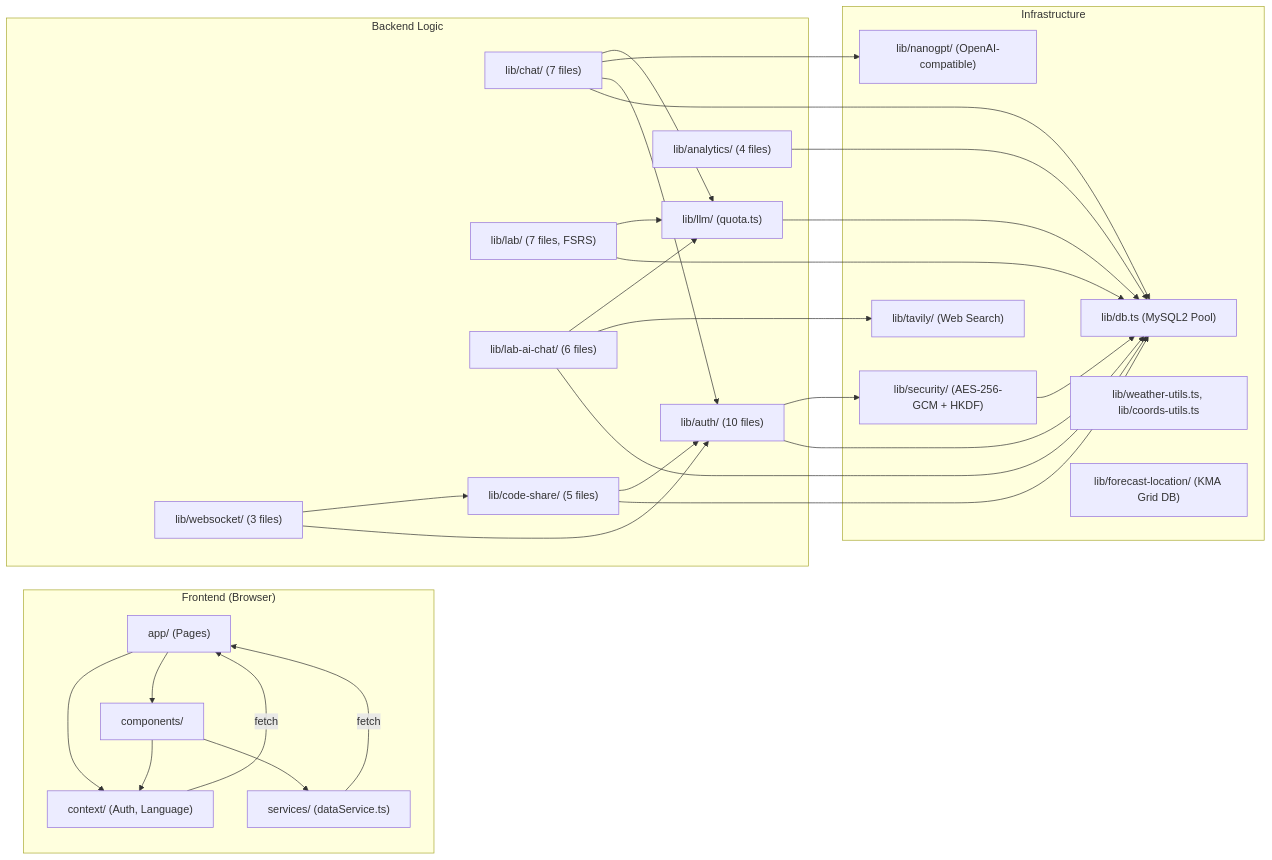
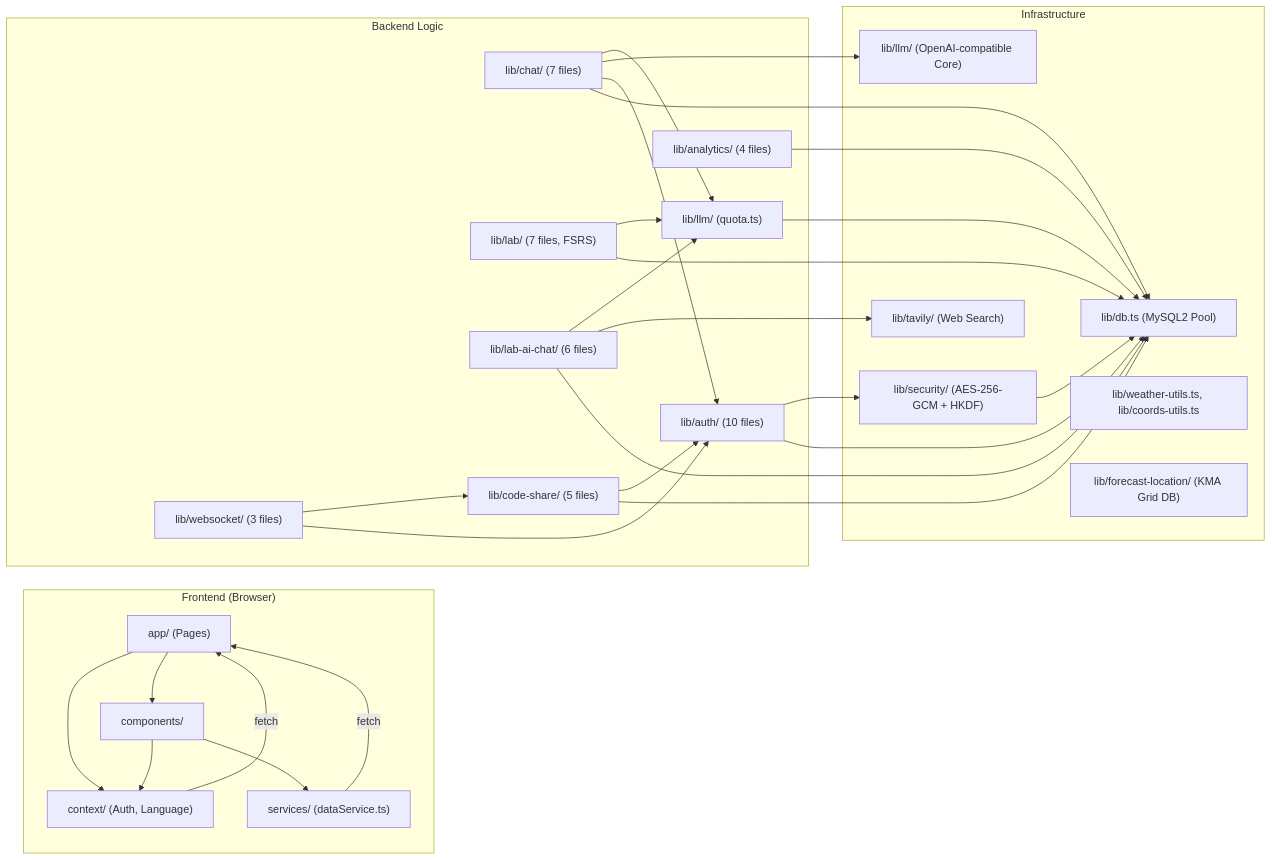
The tenth of 17 diagrams in docs/ARCHITECTURE_UML.md (kim0040/Nadeulhae), drawn with Mermaid before and after one commit. The commit also changed other lines of this file and 28 other files, not shown here.

First line of the commit message:
refactor: split LLM into general-llm and lab-llm with OpenAI-compatible core

````diff
--- a/docs/ARCHITECTURE_UML.md
+++ b/docs/ARCHITECTURE_UML.md
@@ -1001,57 +1000,57 @@
 ```mermaid
 graph LR
     subgraph Frontend["Frontend (Browser)"]
         PAGES["app/ (Pages)"]
         COMPONENTS["components/"]
         CONTEXT["context/ (Auth, Language)"]
         SERVICES["services/ (dataService.ts)"]
     end
 
     subgraph Backend["Backend Logic"]
         AUTH_LIB["lib/auth/ (10 files)"]
         CHAT_LIB["lib/chat/ (7 files)"]
         LAB_LIB["lib/lab/ (7 files, FSRS)"]
         LAB_AI_LIB["lib/lab-ai-chat/ (6 files)"]
         CODE_SHARE_LIB["lib/code-share/ (5 files)"]
         WS_LIB["lib/websocket/ (3 files)"]
         LLM_QUOTA["lib/llm/ (quota.ts)"]
         ANALYTICS_LIB["lib/analytics/ (4 files)"]
     end
 
     subgraph Infrastructure["Infrastructure"]
         DB_LIB["lib/db.ts (MySQL2 Pool)"]
         SECURITY_LIB["lib/security/ (AES-256-GCM + HKDF)"]
-        NANOGPT["lib/nanogpt/ (OpenAI-compatible)"]
+        LLM_CLIENT["lib/llm/ (OpenAI-compatible Core)"]
         TAVILY_LIB["lib/tavily/ (Web Search)"]
         WEATHER_UTILS["lib/weather-utils.ts, lib/coords-utils.ts"]
         FORECAST_GRID["lib/forecast-location/ (KMA Grid DB)"]
     end
 
     PAGES --> COMPONENTS
     PAGES --> CONTEXT
     COMPONENTS --> CONTEXT
     COMPONENTS --> SERVICES
 
     AUTH_LIB --> DB_LIB
     AUTH_LIB --> SECURITY_LIB
     CHAT_LIB --> DB_LIB
     CHAT_LIB --> AUTH_LIB
-    CHAT_LIB --> NANOGPT
+    CHAT_LIB --> LLM_CLIENT
     CHAT_LIB --> LLM_QUOTA
     LAB_LIB --> DB_LIB
     LAB_LIB --> LLM_QUOTA
     LAB_AI_LIB --> DB_LIB
     LAB_AI_LIB --> TAVILY_LIB
     LAB_AI_LIB --> LLM_QUOTA
     CODE_SHARE_LIB --> DB_LIB
     CODE_SHARE_LIB --> AUTH_LIB
     WS_LIB --> AUTH_LIB
     WS_LIB --> CODE_SHARE_LIB
     ANALYTICS_LIB --> DB_LIB
 
     SECURITY_LIB --> DB_LIB
     LLM_QUOTA --> DB_LIB
 
     SERVICES -->|fetch| PAGES
     CONTEXT -->|fetch| PAGES
 ```
````
